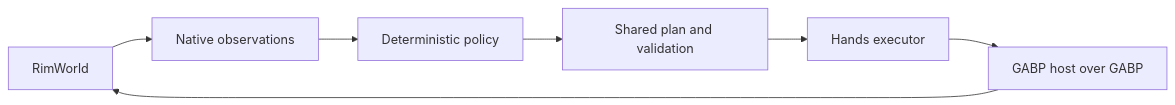
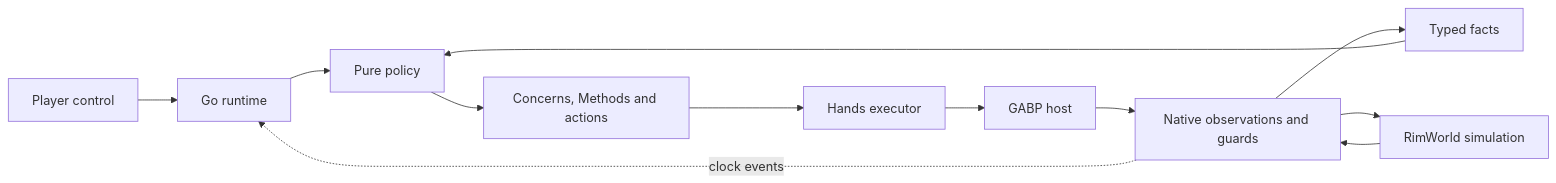
Before and after one commit to davidarcher/rimgovernor: the first of 2 diagrams in docs/developers/architecture/overview.md, drawn with Mermaid. The commit also changed other lines of this file and 42 other files, not shown here.

````diff
--- a/docs/developers/architecture/overview.md
+++ b/docs/developers/architecture/overview.md
@@ -7,9 +10,14 @@
 ```mermaid
 flowchart LR
-    Game[RimWorld] --> Facts[Native observations]
-    Facts --> Policy[Deterministic policy]
-    Policy --> Plan[Shared plan and validation]
+    Player[Player control] --> Runtime[Go runtime]
+    Game[RimWorld simulation] --> Native[Native observations and guards]
+    Native --> Facts[Typed facts]
+    Facts --> Policy[Pure policy]
+    Policy --> Plan[Concerns, Methods and actions]
     Plan --> Hands[Hands executor]
-    Hands --> Bridge[GABP host over GABP]
-    Bridge --> Game
+    Hands --> Host[GABP host]
+    Host --> Native
+    Native --> Game
+    Runtime --> Policy
+    Native -. clock events .-> Runtime
 ```
````
